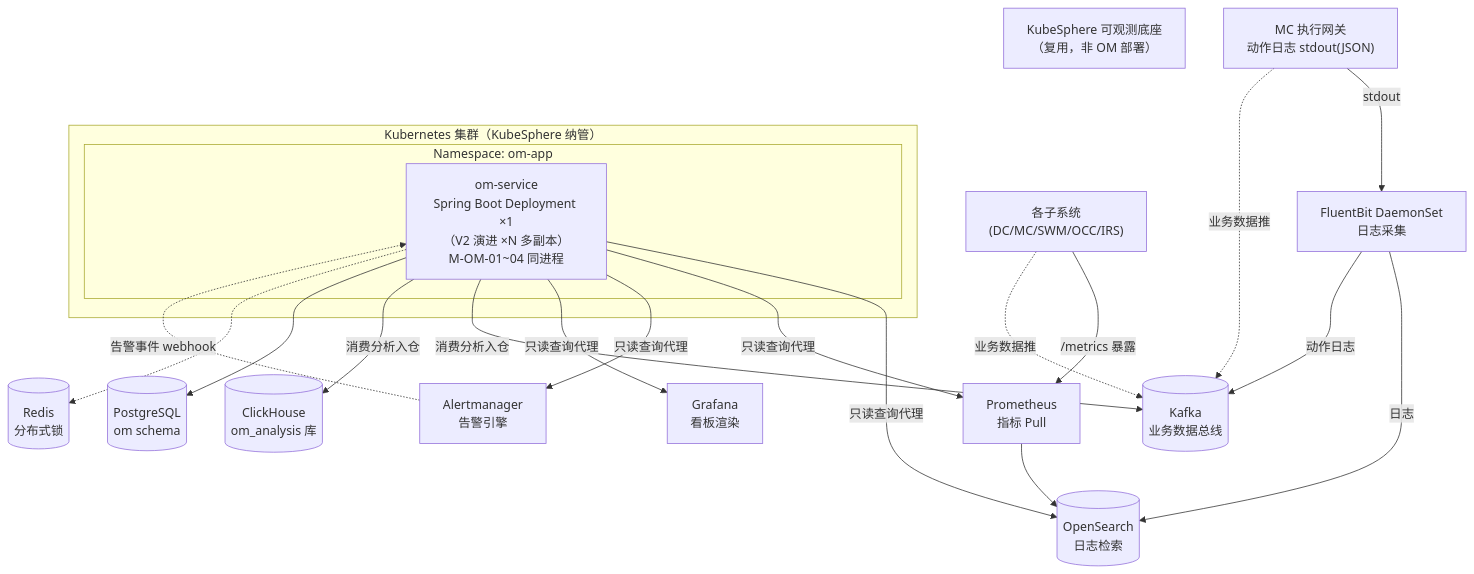
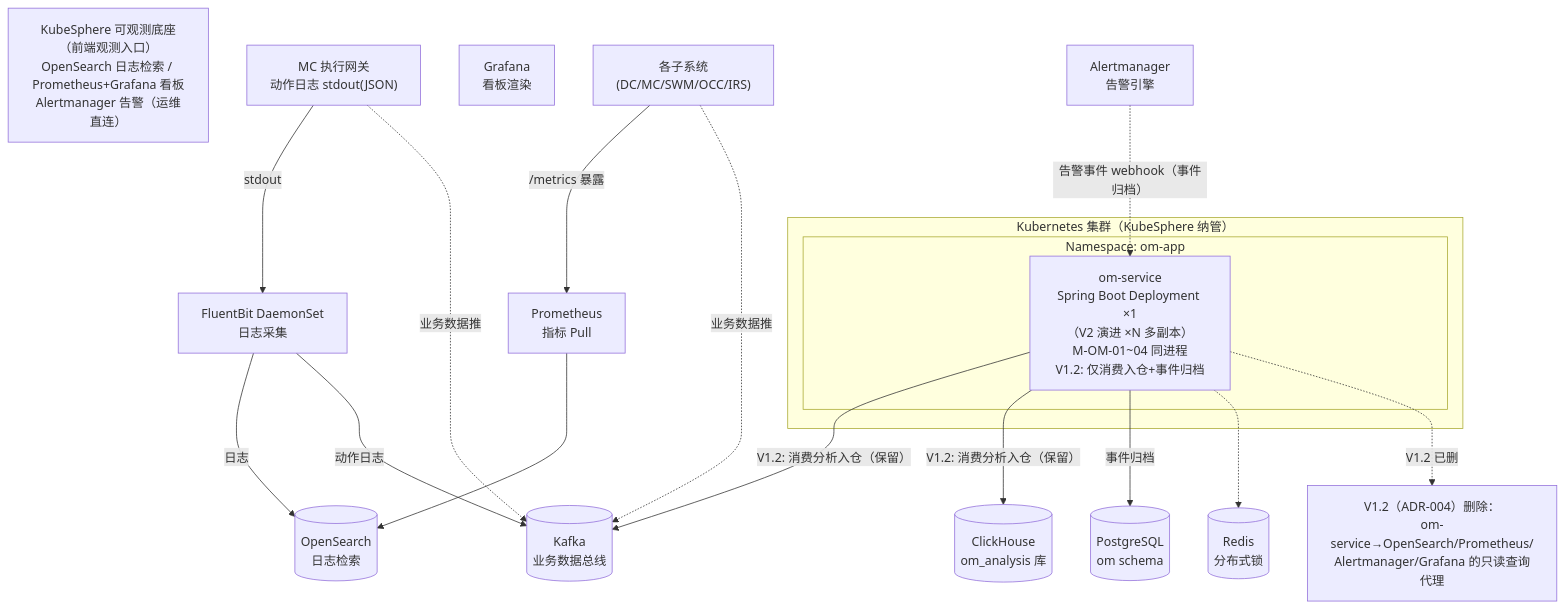
One commit to Sj-g/obsidian changed the first of 8 diagrams in 公司项目/认知作战/文档/软件详细设计说明-OM子系统.md. Above: the diagram before and after it, drawn with Mermaid. The commit also changed other lines of this file and 9 other files, not shown here.

````diff
--- a/公司项目/认知作战/文档/软件详细设计说明-OM子系统.md
+++ b/公司项目/认知作战/文档/软件详细设计说明-OM子系统.md
@@ -95,37 +107,38 @@
 ```mermaid
 flowchart TB
     subgraph K8s["Kubernetes 集群（KubeSphere 纳管）"]
         subgraph OM_NS["Namespace: om-app"]
-            OM_SVC["om-service<br/>Spring Boot Deployment ×1<br/>（V2 演进 ×N 多副本）<br/>M-OM-01~04 同进程"]
+            OM_SVC["om-service<br/>Spring Boot Deployment ×1<br/>（V2 演进 ×N 多副本）<br/>M-OM-01~04 同进程<br/>V1.2: 仅消费入仓+事件归档"]
         end
     end
 
-    KS_OBS["KubeSphere 可观测底座<br/>（复用，非 OM 部署）"]
+    KS_OBS["KubeSphere 可观测底座（前端观测入口）<br/>OpenSearch 日志检索 / Prometheus+Grafana 看板<br/>Alertmanager 告警（运维直连）"]
     FB["FluentBit DaemonSet<br/>日志采集"]
     PROM["Prometheus<br/>指标 Pull"]
     OS[("OpenSearch<br/>日志检索")]
     AM["Alertmanager<br/>告警引擎"]
     GRAF["Grafana<br/>看板渲染"]
 
     KF[("Kafka<br/>业务数据总线")]
     CH[("ClickHouse<br/>om_analysis 库")]
     PG[("PostgreSQL<br/>om schema")]
     RD[("Redis<br/>分布式锁")]
 
     SRC["各子系统<br/>(DC/MC/SWM/OCC/IRS)"]
     MC["MC 执行网关<br/>动作日志 stdout(JSON)"]
 
     MC -->|"stdout"| FB
     SRC -->|"/metrics 暴露"| PROM
     SRC & MC -.->|"业务数据推"| KF
 
     FB -->|"日志"| OS
     FB -->|"动作日志"| KF
     PROM --> OS
-    AM -.->|"告警事件 webhook"| OM_SVC
+    AM -.->|"告警事件 webhook（事件归档）"| OM_SVC
 
-    OM_SVC -->|"只读查询代理"| OS & PROM & AM & GRAF
-    OM_SVC -->|"消费分析入仓"| KF & CH
-    OM_SVC --> PG
+    OM_SVC -->|"V1.2: 消费分析入仓（保留）"| KF & CH
+    OM_SVC -->|"事件归档"| PG
     OM_SVC -.-> RD
+    note1["V1.2（ADR-004）删除：<br/>om-service→OpenSearch/Prometheus/<br/>Alertmanager/Grafana 的只读查询代理"]
+    OM_SVC -.->|"V1.2 已删"| note1
 ```
````
